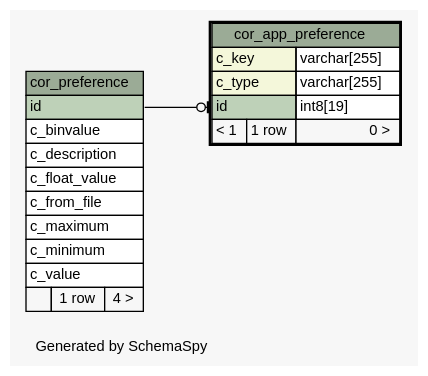
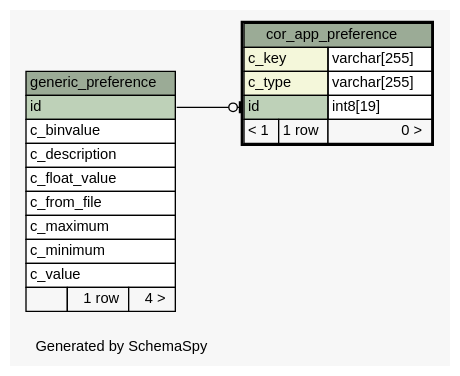
Before and after one commit to openwms/org.openwms.core.preferences.lib: the diagram in schemaspy/diagrams/cor_app_preference.1degree.dot, drawn with Graphviz. The commit also changed 270 other files, not shown here.

```diff
--- a/schemaspy/diagrams/cor_app_preference.1degree.dot
+++ b/schemaspy/diagrams/cor_app_preference.1degree.dot
@@ -1,52 +1,52 @@
-// dot 2.38.0 on Linux 4.15.0-1037-gcp
+// dot 2.36.0 on Linux 4.4.0-101-generic
 // SchemaSpy rev Unknown
 digraph "oneDegreeRelationshipsDiagram" {
   graph [
     rankdir="RL"
     bgcolor="#f7f7f7"
     label="\nGenerated by SchemaSpy"
     labeljust="l"
     nodesep="0.18"
     ranksep="0.46"
     fontname="Helvetica"
     fontsize="11"
   ];
   node [
     fontname="Helvetica"
     fontsize="11"
     shape="plaintext"
   ];
   edge [
     arrowsize="0.8"
   ];
-  "cor_app_preference":"id":w -> "cor_preference":"id":e [arrowhead=none dir=back arrowtail=teeodot];
+  "cor_app_preference":"id":w -> "generic_preference":"id":e [arrowhead=none dir=back arrowtail=teeodot];
   "cor_app_preference" [
     label=<
     <TABLE BORDER="2" CELLBORDER="1" CELLSPACING="0" BGCOLOR="#ffffff">
       <TR><TD COLSPAN="3" BGCOLOR="#9bab96" ALIGN="CENTER">cor_app_preference</TD></TR>
       <TR><TD PORT="c_key" COLSPAN="2" BGCOLOR="#f4f7da" ALIGN="LEFT">c_key</TD><TD PORT="c_key.type" ALIGN="LEFT">varchar[255]</TD></TR>
       <TR><TD PORT="c_type" COLSPAN="2" BGCOLOR="#f4f7da" ALIGN="LEFT">c_type</TD><TD PORT="c_type.type" ALIGN="LEFT">varchar[255]</TD></TR>
       <TR><TD PORT="id" COLSPAN="2" BGCOLOR="#bed1b8" ALIGN="LEFT">id</TD><TD PORT="id.type" ALIGN="LEFT">int8[19]</TD></TR>
       <TR><TD ALIGN="LEFT" BGCOLOR="#f7f7f7">&lt; 1</TD><TD ALIGN="RIGHT" BGCOLOR="#f7f7f7">1 row</TD><TD ALIGN="RIGHT" BGCOLOR="#f7f7f7">0 &gt;</TD></TR>
     </TABLE>>
     URL="cor_app_preference.html"
     tooltip="cor_app_preference"
   ];
-  "cor_preference" [
+  "generic_preference" [
     label=<
     <TABLE BORDER="0" CELLBORDER="1" CELLSPACING="0" BGCOLOR="#ffffff">
-      <TR><TD COLSPAN="3" BGCOLOR="#9bab96" ALIGN="CENTER">cor_preference</TD></TR>
+      <TR><TD COLSPAN="3" BGCOLOR="#9bab96" ALIGN="CENTER">generic_preference</TD></TR>
       <TR><TD PORT="id" COLSPAN="3" BGCOLOR="#bed1b8" ALIGN="LEFT">id</TD></TR>
       <TR><TD PORT="c_binvalue" COLSPAN="3" ALIGN="LEFT">c_binvalue</TD></TR>
       <TR><TD PORT="c_description" COLSPAN="3" ALIGN="LEFT">c_description</TD></TR>
       <TR><TD PORT="c_float_value" COLSPAN="3" ALIGN="LEFT">c_float_value</TD></TR>
       <TR><TD PORT="c_from_file" COLSPAN="3" ALIGN="LEFT">c_from_file</TD></TR>
       <TR><TD PORT="c_maximum" COLSPAN="3" ALIGN="LEFT">c_maximum</TD></TR>
       <TR><TD PORT="c_minimum" COLSPAN="3" ALIGN="LEFT">c_minimum</TD></TR>
       <TR><TD PORT="c_value" COLSPAN="3" ALIGN="LEFT">c_value</TD></TR>
       <TR><TD ALIGN="LEFT" BGCOLOR="#f7f7f7">  </TD><TD ALIGN="RIGHT" BGCOLOR="#f7f7f7">1 row</TD><TD ALIGN="RIGHT" BGCOLOR="#f7f7f7">4 &gt;</TD></TR>
     </TABLE>>
-    URL="cor_preference.html"
-    tooltip="cor_preference"
+    URL="generic_preference.html"
+    tooltip="generic_preference"
   ];
 }
```
